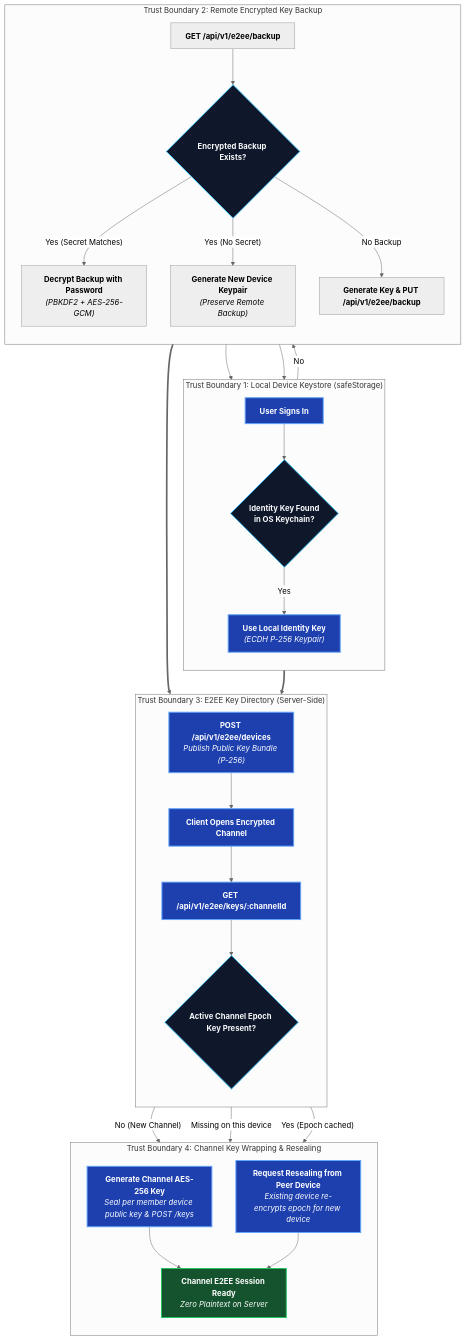
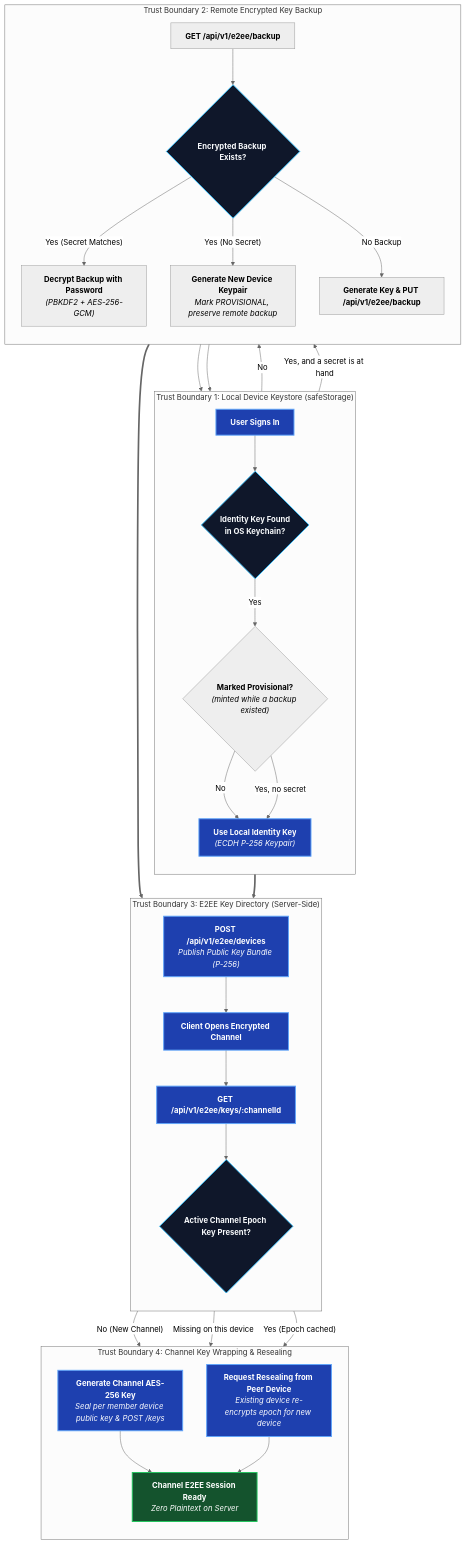
Before and after one commit to aiyu-ayaan/BetweenUs: the first of 2 diagrams in docs/docs/security/e2ee.md, drawn with Mermaid (neutral theme). The commit also changed other lines of this file and 1 other file, not shown here.

````diff
--- a/docs/docs/security/e2ee.md
+++ b/docs/docs/security/e2ee.md
@@ -29,62 +29,66 @@
 ```mermaid
 flowchart TD
     %% TIER 1: SIGN IN & DEVICE IDENTITY CHECK
     subgraph T_IDENTITY ["Trust Boundary 1: Local Device Keystore (safeStorage)"]
         direction TB
         SignIn["<b>User Signs In</b>"]
         HasKey{"<b>Identity Key Found<br/>in OS Keychain?</b>"}
         UseKey["<b>Use Local Identity Key</b><br/><i>(ECDH P-256 Keypair)</i>"]
+        Provisional{"<b>Marked Provisional?</b><br/><i>(minted while a backup existed)</i>"}
         SignIn --> HasKey
-        HasKey -->|"Yes"| UseKey
+        HasKey -->|"Yes"| Provisional
+        Provisional -->|"No"| UseKey
     end
 
     %% TIER 2: BACKUP & RECOVERY CLUSTER
     subgraph T_BACKUP ["Trust Boundary 2: Remote Encrypted Key Backup"]
         direction TB
         GetBackup["<b>GET /api/v1/e2ee/backup</b>"]
         BackupExists{"<b>Encrypted Backup Exists?</b>"}
         OpenBackup["<b>Decrypt Backup with Password</b><br/><i>(PBKDF2 + AES-256-GCM)</i>"]
-        GenOwnKey["<b>Generate New Device Keypair</b><br/><i>(Preserve Remote Backup)</i>"]
+        GenOwnKey["<b>Generate New Device Keypair</b><br/><i>Mark PROVISIONAL, preserve remote backup</i>"]
         GenBackup["<b>Generate Key & PUT /api/v1/e2ee/backup</b>"]
 
         HasKey -->|"No"| GetBackup
+        Provisional -->|"Yes, and a secret is at hand"| GetBackup
+        Provisional -->|"Yes, no secret"| UseKey
         GetBackup --> BackupExists
         BackupExists -->|"Yes (Secret Matches)"| OpenBackup --> UseKey
         BackupExists -->|"Yes (No Secret)"| GenOwnKey
         BackupExists -->|"No Backup"| GenBackup --> UseKey
     end
 
     %% TIER 3: DEVICE REGISTRY & DIRECTORY
     subgraph T_DIR ["Trust Boundary 3: E2EE Key Directory (Server-Side)"]
         direction TB
         PublishDevice["<b>POST /api/v1/e2ee/devices</b><br/><i>Publish Public Key Bundle (P-256)</i>"]
         OpenChannel["<b>Client Opens Encrypted Channel</b>"]
         GetChannelKeys["<b>GET /api/v1/e2ee/keys/:channelId</b>"]
         HasEpoch{"<b>Active Channel Epoch Key Present?</b>"}
 
         UseKey ==> PublishDevice
         GenOwnKey ==> PublishDevice
         PublishDevice --> OpenChannel --> GetChannelKeys --> HasEpoch
     end
 
     %% TIER 4: CHANNEL KEY DISTRIBUTION
     subgraph T_WRAP ["Trust Boundary 4: Channel Key Wrapping & Resealing"]
         direction TB
         NewEpoch["<b>Generate Channel AES-256 Key</b><br/><i>Seal per member device public key & POST /keys</i>"]
         ResealEpoch["<b>Request Resealing from Peer Device</b><br/><i>Existing device re-encrypts epoch for new device</i>"]
         Ready["<b>Channel E2EE Session Ready</b><br/><i>Zero Plaintext on Server</i>"]
 
         HasEpoch -->|"No (New Channel)"| NewEpoch --> Ready
         HasEpoch -->|"Missing on this device"| ResealEpoch --> Ready
         HasEpoch -->|"Yes (Epoch cached)"| Ready
     end
 
     %% Styling
     classDef primary fill:#1e40af,stroke:#60a5fa,stroke-width:2px,color:#ffffff;
     classDef decision fill:#0f172a,stroke:#38bdf8,stroke-width:2px,color:#f8fafc;
     classDef ready fill:#14532d,stroke:#22c55e,stroke-width:2px,color:#ffffff;
 
     class SignIn,UseKey,PublishDevice,OpenChannel,GetChannelKeys,NewEpoch,ResealEpoch primary;
     class HasKey,BackupExists,HasEpoch decision;
     class Ready ready;
 ```
````
